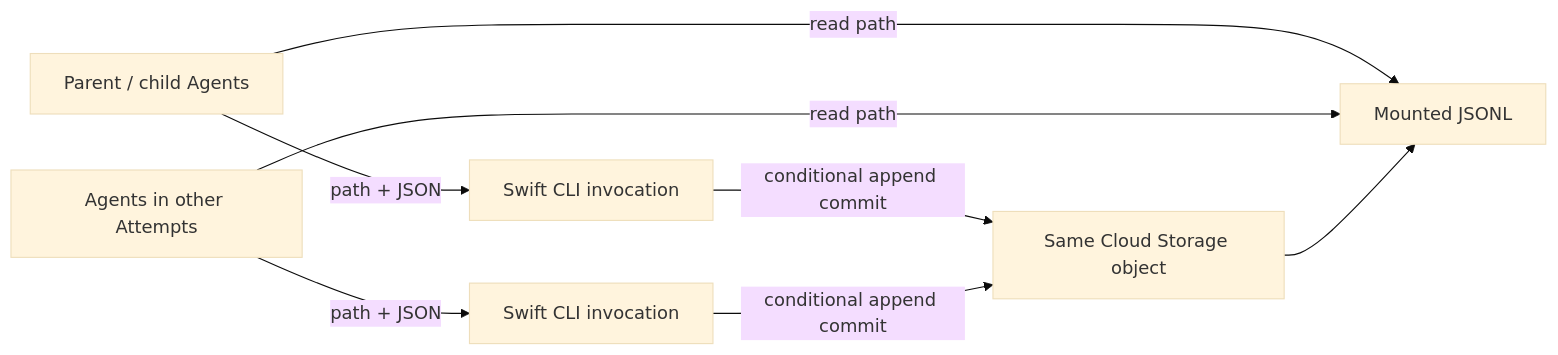
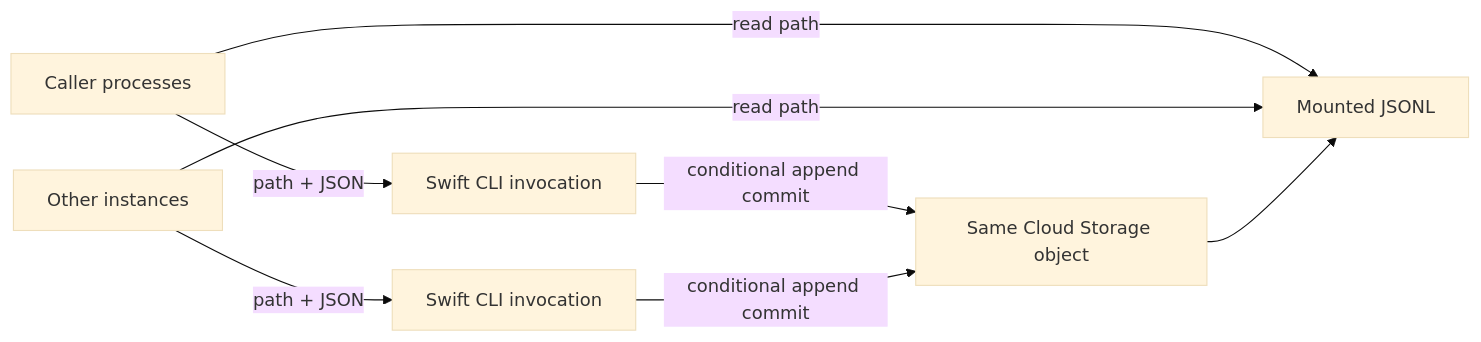
One commit to salescore-inc/ledger changed the diagram in DESIGN.md. Above: the diagram before and after it, drawn with Mermaid (base theme). The commit also changed other lines of this file and 17 other files, not shown here.

````diff
--- a/DESIGN.md
+++ b/DESIGN.md
@@ -42,10 +39,10 @@
 ```mermaid
 flowchart LR
-    A[Parent / child Agents] -->|read path| F[Mounted JSONL]
-    B[Agents in other Attempts] -->|read path| F
+    A[Caller processes] -->|read path| F[Mounted JSONL]
+    B[Other instances] -->|read path| F
     A -->|path + JSON| C[Swift CLI invocation]
     B -->|path + JSON| D[Swift CLI invocation]
     C -->|conditional append commit| O[Same Cloud Storage object]
     D -->|conditional append commit| O
     O --> F
 ```
````
